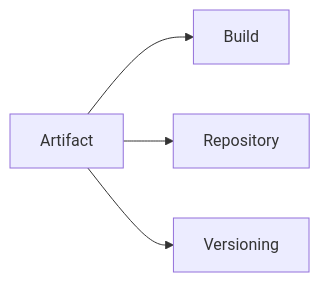
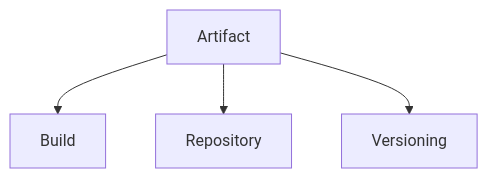
The second of 30 diagrams in docs/glossaire/devsecops.md (zyrass/omnydocs), drawn with Mermaid before and after one commit. The commit also changed other lines of this file and 1780 other files, not shown here.

````diff
--- a/docs/glossaire/devsecops.md
+++ b/docs/glossaire/devsecops.md
@@ -46,6 +56,6 @@
-    ```mermaid
-    graph LR
-        A[Artifact] --> B[Build]
-        A --> C[Repository]
-        A --> D[Versioning]
-    ```
+```mermaid
+graph TB
+    A[Artifact] --> B[Build]
+    A --> C[Repository]
+    A --> D[Versioning]
+```
````
